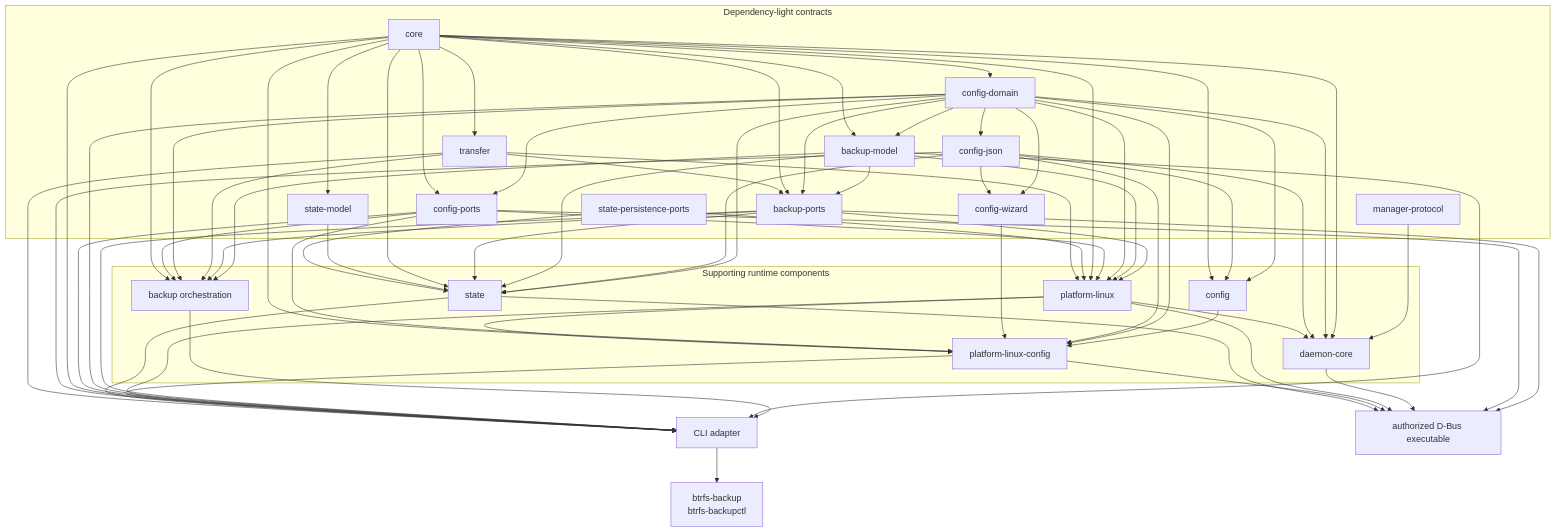
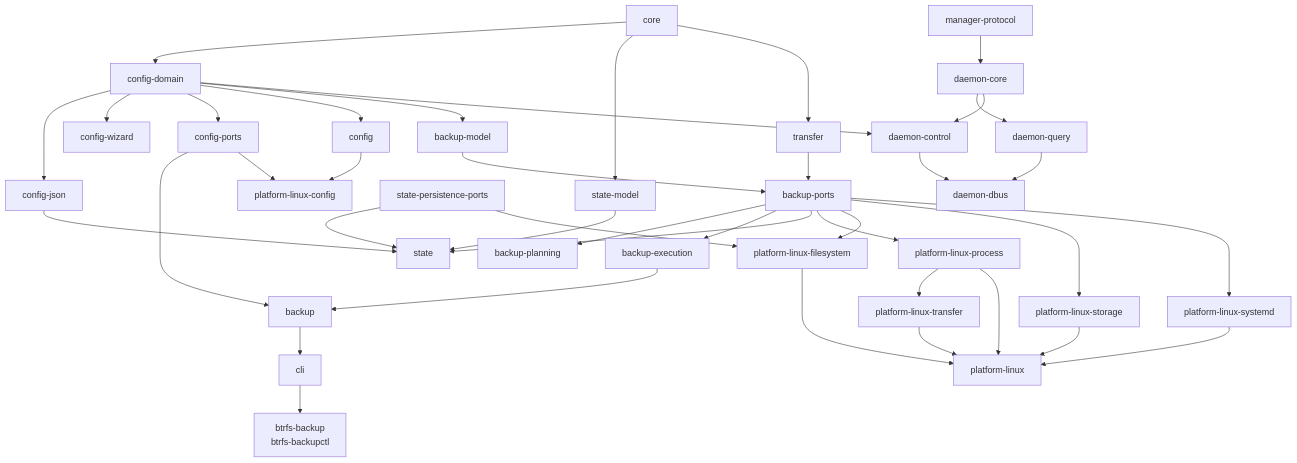
The diagram in docs/cpp-layout.md (kapiwko/btrfs-backup), drawn with Mermaid before and after one commit. The commit also changed other lines of this file and 2 other files, not shown here.

Commit message:
docs(cpp): document subsystem layout and namespace rules

````diff
--- a/docs/cpp-layout.md
+++ b/docs/cpp-layout.md
@@ -60,98 +107,45 @@
 ```mermaid
 flowchart TB
-    subgraph contracts[Dependency-light contracts]
-        manager_protocol[manager-protocol]
-        core[core]
-        config_domain[config-domain]
-        config_json[config-json]
-        config_wizard[config-wizard]
-        config_ports[config-ports]
-        state_model[state-model]
-        state_persistence[state-persistence-ports]
-        backup_model[backup-model]
-        transfer[transfer]
-        backup_ports[backup-ports]
+    core --> config_domain[config-domain]
+    core --> state_model[state-model]
+    core --> transfer
+    config_domain --> config_json[config-json]
+    config_domain --> config_wizard[config-wizard]
+    config_domain --> config_ports[config-ports]
+    config_domain --> config
+    config_domain --> backup_model[backup-model]
+    backup_model --> backup_ports[backup-ports]
+    transfer --> backup_ports
+    backup_ports --> planning[backup-planning]
+    backup_ports --> execution[backup-execution]
+    execution --> backup
+    config_ports --> backup
+    backup_ports --> state
+    config_json --> state
+    state_model --> state
+    state_persistence[state-persistence-ports] --> state
 
-        core --> config_domain
-        config_domain --> config_json
-        config_domain --> config_wizard
-        config_json --> config_wizard
-        config_domain --> config_ports
-        core --> config_ports
-        core --> state_model
-        config_domain --> backup_model
-        core --> backup_model
-        core --> transfer
-        backup_model --> backup_ports
-        config_domain --> backup_ports
-        core --> backup_ports
-        transfer --> backup_ports
-    end
+    backup_ports --> linux_process[platform-linux-process]
+    backup_ports --> linux_filesystem[platform-linux-filesystem]
+    backup_ports --> linux_storage[platform-linux-storage]
+    backup_ports --> linux_systemd[platform-linux-systemd]
+    state_persistence --> linux_filesystem
+    linux_process --> linux_transfer[platform-linux-transfer]
+    config --> linux_config[platform-linux-config]
+    config_ports --> linux_config
+    linux_process --> platform[platform-linux]
+    linux_filesystem --> platform
+    linux_storage --> platform
+    linux_systemd --> platform
+    linux_transfer --> platform
 
-    subgraph support[Supporting runtime components]
-        platform[platform-linux]
-        config[config]
-        linux_config[platform-linux-config]
-        state[state]
-        backup[backup orchestration]
-        daemon_core[daemon-core]
-    end
+    backup --> cli
+    cli --> executables[btrfs-backup<br/>btrfs-backupctl]
 
-    cli[CLI adapter]
-    manager[authorized D-Bus executable]
-
-    backup_ports --> platform
-    backup_model --> platform
-    config_domain --> platform
-    config_ports --> platform
-    core --> platform
-    state_persistence --> platform
-    transfer --> platform
-    config_domain --> config
-    config_json --> config
-    core --> config
-    config --> linux_config
-    config_domain --> linux_config
-    config_json --> linux_config
-    config_wizard --> linux_config
-    config_ports --> linux_config
-    core --> linux_config
-    platform --> linux_config
-    config_domain --> state
-    config_json --> state
-    backup_model --> state
-    backup_ports --> state
-    core --> state
-    state_model --> state
-    state_persistence --> state
-    manager_protocol --> daemon_core
-    backup_model --> backup
-    backup_ports --> backup
-    transfer --> backup
-    config_domain --> backup
-    config_ports --> backup
-    core --> backup
-    backup --> cli
-    backup_model --> cli
-    backup_ports --> cli
-    config_domain --> cli
-    config_ports --> cli
-    core --> cli
-    config_json --> cli
-    platform --> cli
-    linux_config --> cli
-    state --> cli
-    transfer --> cli
-    core --> daemon_core
-    config_domain --> daemon_core
-    config_json --> daemon_core
-    platform --> daemon_core
-    backup_ports --> manager
-    config_ports --> manager
-    daemon_core --> manager
-    platform --> manager
-    linux_config --> manager
-    state --> manager
-
-    cli --> executables[btrfs-backup<br/>btrfs-backupctl]
+    manager_protocol[manager-protocol] --> daemon_core[daemon-core]
+    daemon_core --> daemon_query[daemon-query]
+    daemon_core --> daemon_control[daemon-control]
+    config_domain --> daemon_control
+    daemon_control --> daemon_dbus[daemon-dbus]
+    daemon_query --> daemon_dbus
 ```
````
